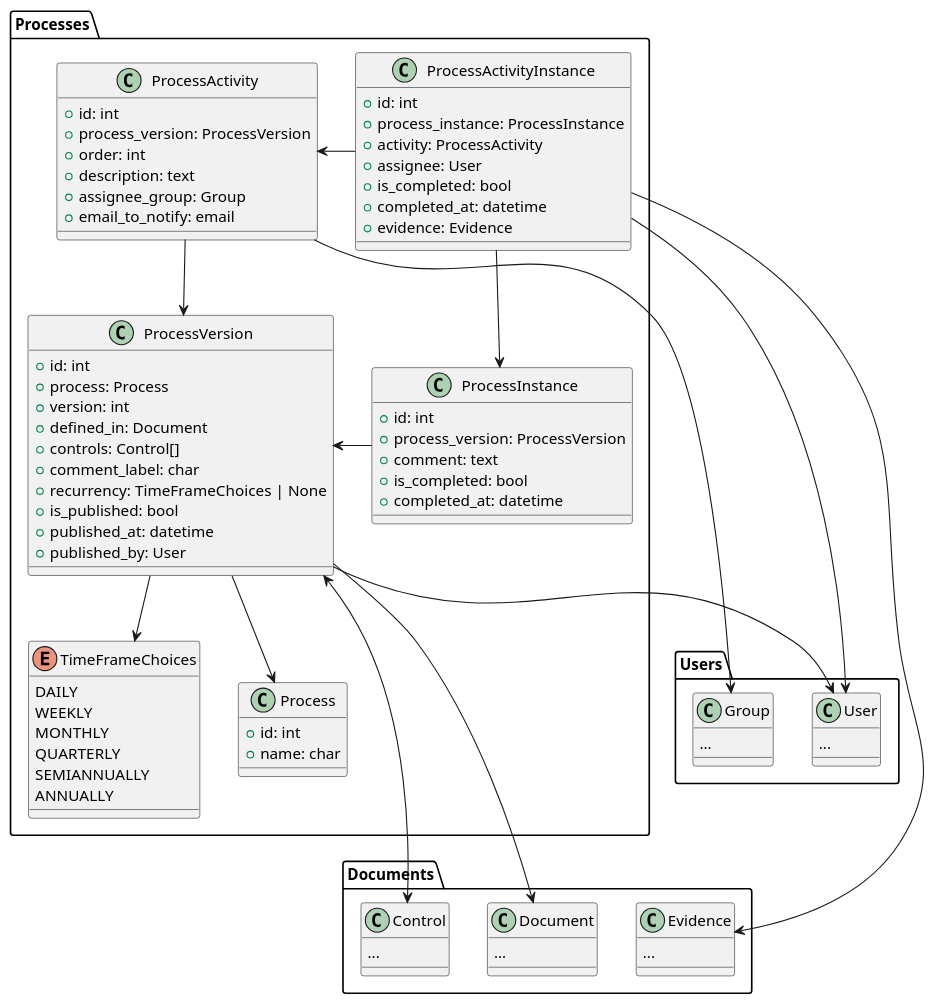
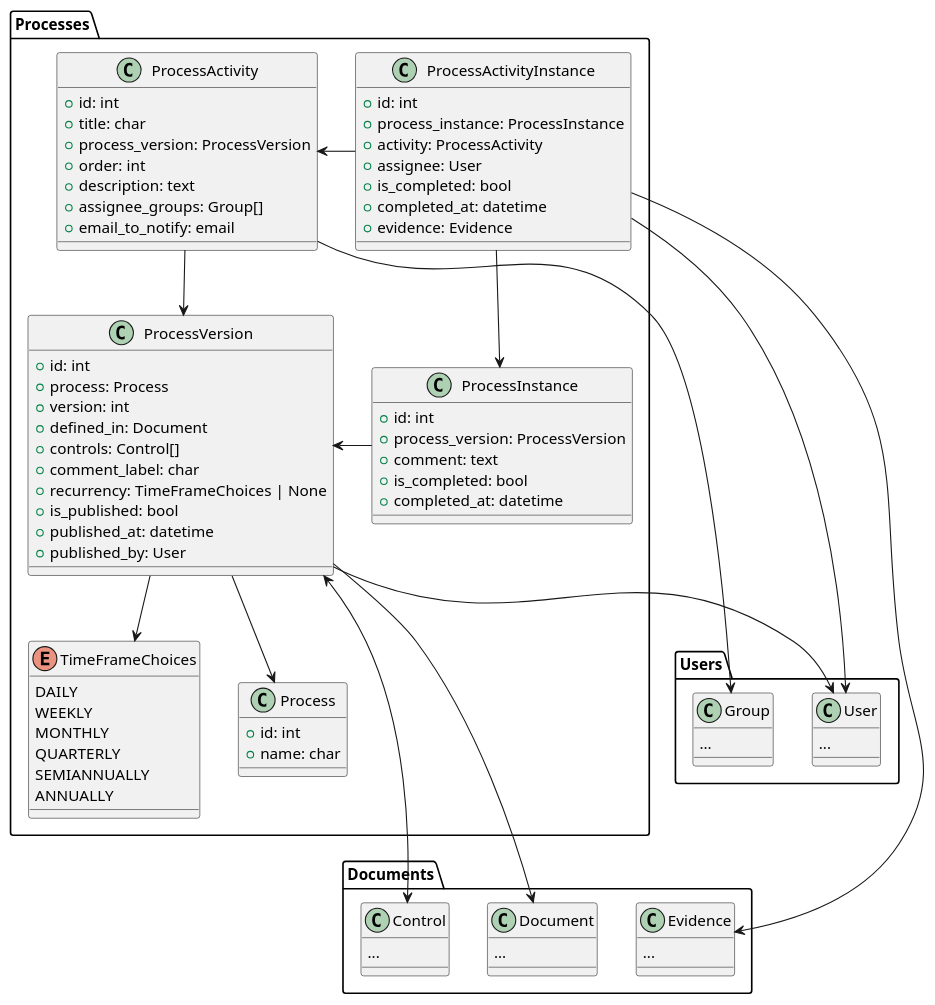
Before and after one commit to Gabo-araya/sgsi_ext: the fourth of 5 diagrams in docs/rfc/InitialModellingRFC.md, drawn with PlantUML. The commit also changed 16 other files, not shown here.

```diff
--- a/docs/rfc/InitialModellingRFC.md
+++ b/docs/rfc/InitialModellingRFC.md
@@ -202,10 +202,11 @@
     }
     class ProcessActivity {
         + id: int
+        + title: char
         + process_version: ProcessVersion
         + order: int
         + description: text
-        + assignee_group: Group
+        + assignee_groups: Group[]
         + email_to_notify: email
     }
     class ProcessActivityInstance {
```
